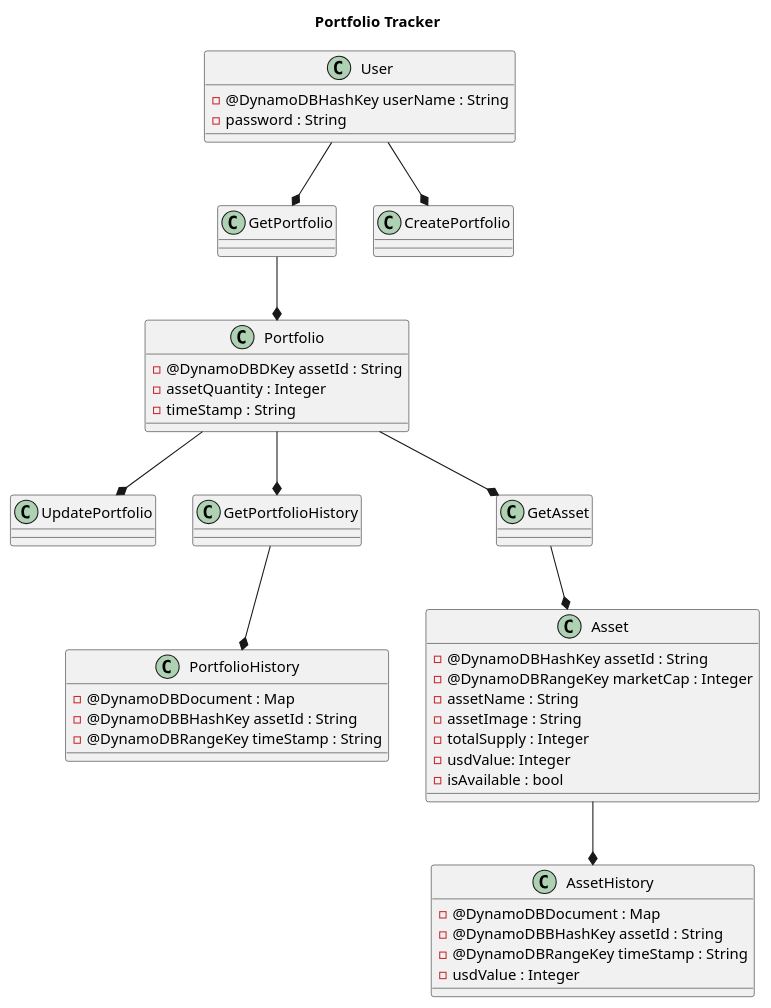
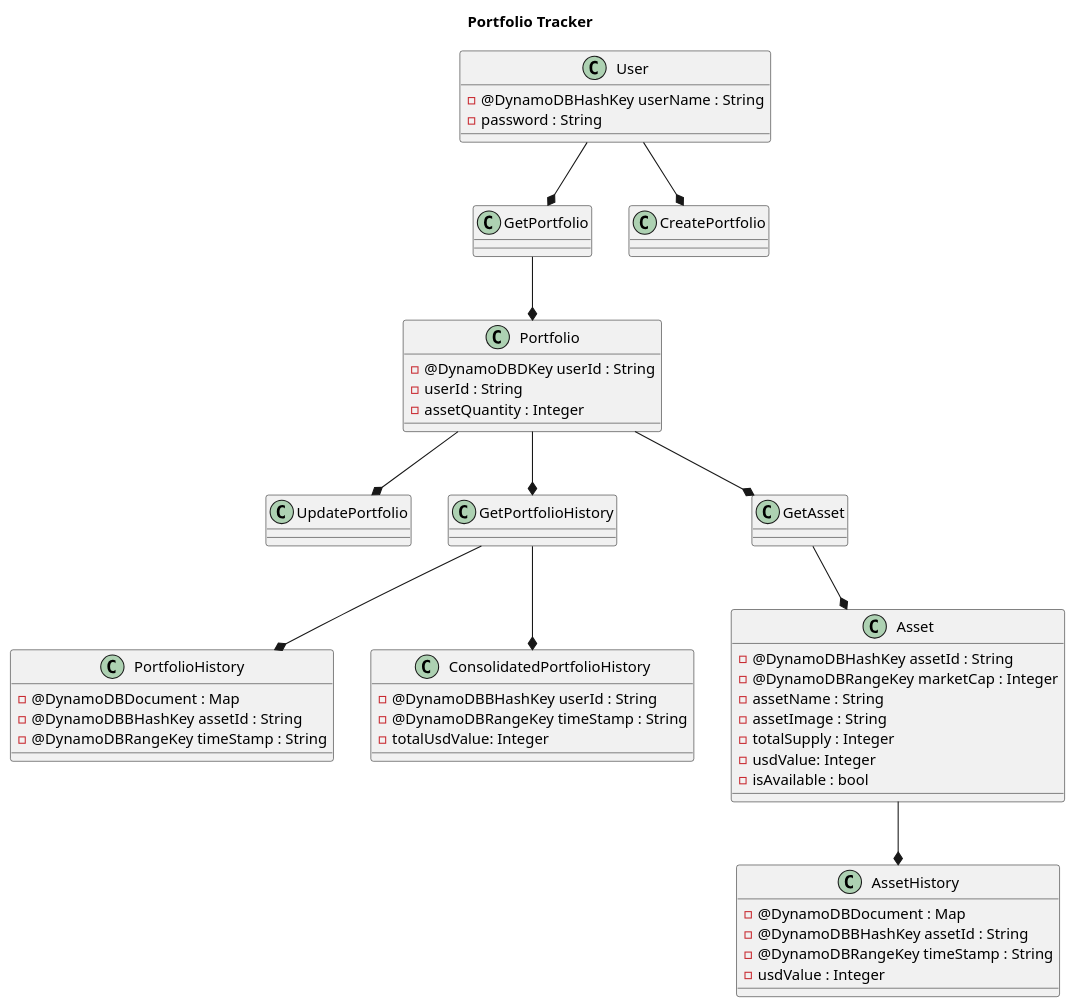
The diagram in resources/portfolio_tracker_CD.puml (BloomTechBackend/bd-team-project-crypto-wizards), drawn with PlantUML before and after one commit. The commit also changed 2 other files, not shown here.

```diff
--- a/resources/portfolio_tracker_CD.puml
+++ b/resources/portfolio_tracker_CD.puml
@@ -1,64 +1,71 @@
 @startuml
 title Portfolio Tracker
 
 
 Portfolio --* UpdatePortfolio
 GetPortfolioHistory --* PortfolioHistory
+GetPortfolioHistory --* ConsolidatedPortfolioHistory
 GetPortfolio --* Portfolio
 User --* CreatePortfolio
 User --* GetPortfolio
 Portfolio --* GetPortfolioHistory
 GetAsset --* Asset
 Asset --* AssetHistory
 Portfolio --* GetAsset
 
 class User {
   -@DynamoDBHashKey userName : String
   -password : String
 }
 
 class Asset {
   -@DynamoDBHashKey assetId : String
   -@DynamoDBRangeKey marketCap : Integer
   -assetName : String
   -assetImage : String
   -totalSupply : Integer
   -usdValue: Integer
   -isAvailable : bool
 }
 
 class Portfolio {
-   -@DynamoDBDKey assetId : String
+   -@DynamoDBDKey userId : String
+   -userId : String
    -assetQuantity : Integer
-   -timeStamp : String
 }
 
 class AssetHistory {
   -@DynamoDBDocument : Map
   -@DynamoDBBHashKey assetId : String
   -@DynamoDBRangeKey timeStamp : String
   -usdValue : Integer
 }
 
 class PortfolioHistory {
   -@DynamoDBDocument : Map
   -@DynamoDBBHashKey assetId : String
   -@DynamoDBRangeKey timeStamp : String
+}
+
+class ConsolidatedPortfolioHistory {
+  -@DynamoDBBHashKey userId : String
+  -@DynamoDBRangeKey timeStamp : String
+  -totalUsdValue: Integer
 }
 
 class GetAsset {
 }
 
 class CreatePortfolio {
 }
 
 class GetPortfolio {
 }
 
 class UpdatePortfolio {
 }
 
 class GetPortfolioHistory {
 }
 
 @enduml
```
